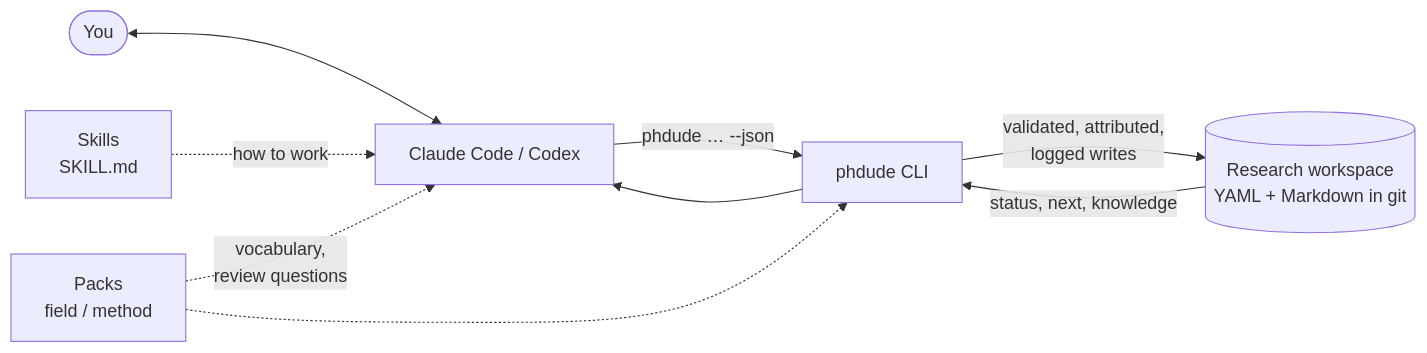
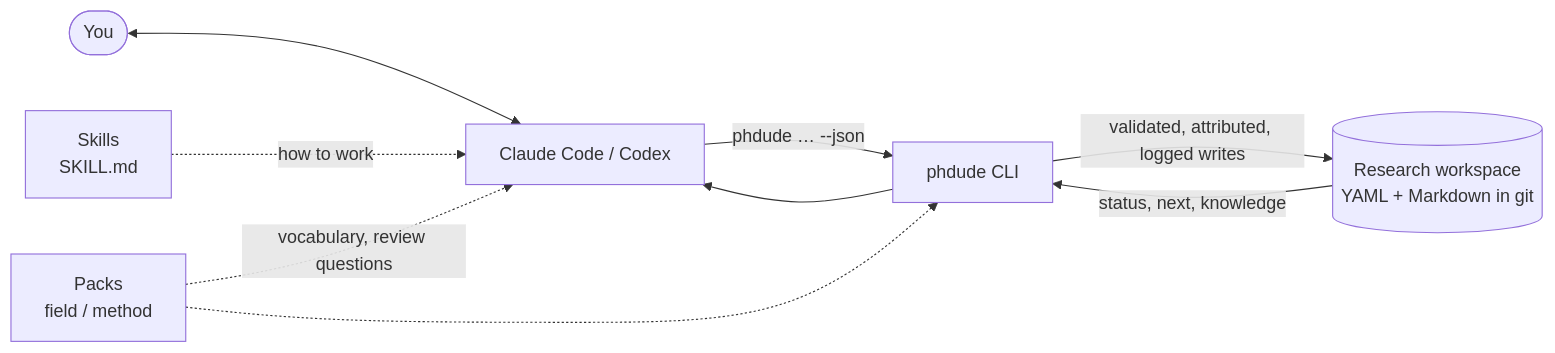
Before and after one commit to LucioY250/phdude: the first of 7 diagrams in README.md, drawn with Mermaid. The commit also changed other lines of this file, not shown here.

Commit message:
docs(readme): mermaid labels safe for GitHub renderer
Claude-Session: https://claude.ai/code/session_01NC7DaU2NnuShutQWthiRhF

````diff
--- a/README.md
+++ b/README.md
@@ -63,11 +63,11 @@
 ```mermaid
 flowchart LR
     You([You]) <--> Agent[Claude Code / Codex]
     Agent -- "phdude … --json" --> CLI[phdude CLI]
-    CLI -- validated, attributed,<br>logged writes --> WS[(Research workspace<br>YAML + Markdown in git)]
+    CLI -- "validated, attributed, logged writes" --> WS[(Research workspace<br>YAML + Markdown in git)]
     WS -- status, next, knowledge --> CLI
     CLI --> Agent
-    Skills[Skills<br>SKILL.md] -. how to work .-> Agent
-    Packs[Packs<br>field / method] -. vocabulary,<br>review questions .-> Agent
+    Skills[Skills<br>SKILL.md] -. "how to work" .-> Agent
+    Packs[Packs<br>field / method] -. "vocabulary, review questions" .-> Agent
     Packs -.-> CLI
 ```
````
